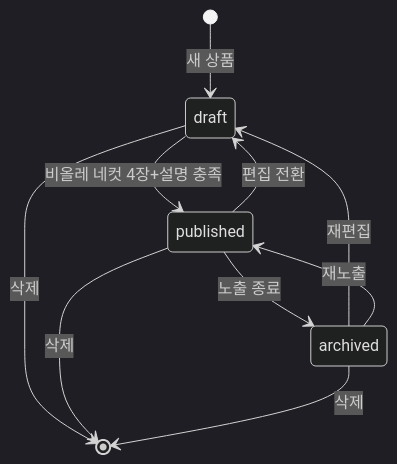
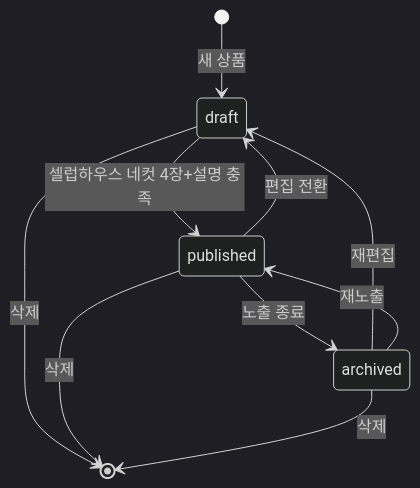
One commit to hwangsanghan0519/blog changed the third of 14 diagrams in README.md. Above: the diagram before and after it, drawn with Mermaid (dark theme). The commit also changed other lines of this file and 32 other files, not shown here.

````diff
--- a/README.md
+++ b/README.md
@@ -108,12 +108,12 @@
 ```mermaid
 stateDiagram-v2
   [*] --> draft: 새 상품
-  draft --> published: 비올레 네컷 4장+설명 충족
+  draft --> published: 셀럽하우스 네컷 4장+설명 충족
   published --> draft: 편집 전환
   published --> archived: 노출 종료
   archived --> draft: 재편집
   archived --> published: 재노출
   draft --> [*]: 삭제
   published --> [*]: 삭제
   archived --> [*]: 삭제
 ```
````
